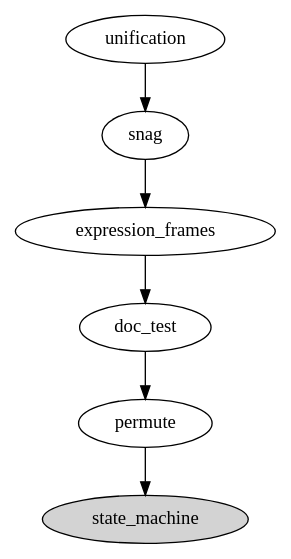
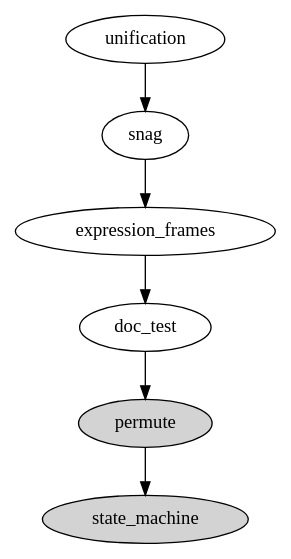
One commit to hipe/tmx changed the diagram in current-tangent-stack.dot. Above: the diagram before and after it, drawn with Graphviz. The commit also changed 29 other files, not shown here.

```diff
--- a/current-tangent-stack.dot
+++ b/current-tangent-stack.dot
@@ -1,9 +1,12 @@
 digraph g {
 
-  state_machine [ style=filled ]
+  state_machine [style=filled]
+  permute [style=filled]
+
+
   permute->state_machine
   expression_frames->doc_test
   doc_test->permute
   snag->expression_frames
   unification->snag
 }
```
